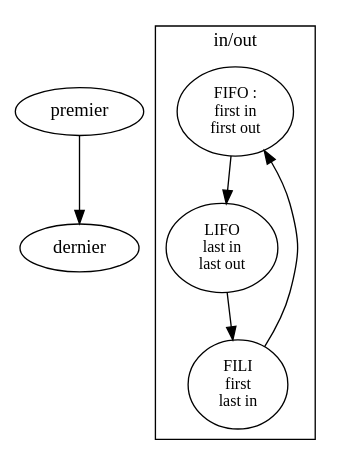
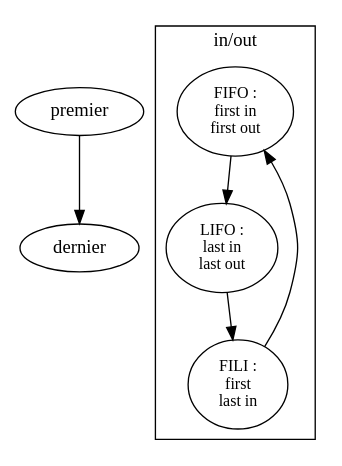
The diagram in sujet.dot (ensad-nancy/first-last), drawn with Graphviz before and after one commit.

Commit message:
+		LIFO [label="LIFO :\nlast in\nlast out"] +		FILI [label="FILI :\nfirst\n last in"]

```diff
--- a/sujet.dot
+++ b/sujet.dot
@@ -1,22 +1,22 @@
 digraph {
 
 	premier -> dernier
 	fontname="myriadpro"
 	fontsize = 14
 	
 	node [fontname="myriadpro", fontsize = 12]
 	edge [fontname="monaco", fontsize = 10]
 	
 
 	subgraph cluster_FO{
 	
 		label="in/out"
 		
 		FIFO [label="FIFO :\nfirst in\nfirst out"]
-		LIFO [label="LIFO\nlast in\nlast out"]
-		FILI [label="FILI\nfirst\n last in"]
+		LIFO [label="LIFO :\nlast in\nlast out"]
+		FILI [label="FILI :\nfirst\n last in"]
 
 		FILI -> FIFO -> LIFO -> FILI
 	}
 	
 }
```
